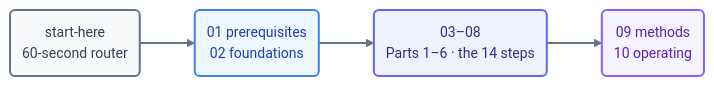
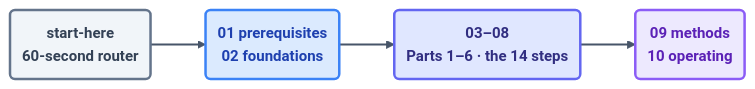
Before and after one commit to ayeshakhalid192007-dev/LoopEngineering-CrashCourse: the diagram in docs/README.md, drawn with Mermaid. The commit also changed 66 other files, not shown here.

First line of the commit message:
docs(diagrams): visibly bolder pass — deeper fills, heavier strokes, semibold labels

````diff
--- a/docs/README.md
+++ b/docs/README.md
@@ -9,12 +9,12 @@
 ```mermaid
-%%{init: {'theme':'base','themeVariables':{'fontFamily':'ui-sans-serif, system-ui, sans-serif','fontSize':'14px','lineColor':'#64748b','edgeLabelBackground':'#f8fafc'},'flowchart':{'curve':'basis','nodeSpacing':45,'rankSpacing':55,'padding':12}}}%%
+%%{init: {'theme':'base','themeVariables':{'fontFamily':'ui-sans-serif, system-ui, sans-serif','fontSize':'15px','lineColor':'#475569','edgeLabelBackground':'#f8fafc'},'flowchart':{'curve':'basis','nodeSpacing':45,'rankSpacing':55,'padding':12}}}%%
 flowchart LR
     R("start-here<br/>60-second router"):::route --> P("01 prerequisites<br/>02 foundations"):::prep
     P --> S("03–08<br/>Parts 1–6 · the 14 steps"):::core
     S --> M("09 methods<br/>10 operating"):::adv
-    linkStyle default stroke:#64748b,stroke-width:2px;
-    classDef route fill:#f8fafc,stroke:#64748b,stroke-width:2px,color:#334155;
-    classDef prep fill:#eef6ff,stroke:#3b82f6,stroke-width:2px,color:#1e40af;
-    classDef core fill:#eef2ff,stroke:#6366f1,stroke-width:2px,color:#312e81;
-    classDef adv fill:#f5f3ff,stroke:#8b5cf6,stroke-width:2px,color:#5b21b6;
+    linkStyle default stroke:#475569,stroke-width:2px;
+    classDef route fill:#f1f5f9,stroke:#64748b,stroke-width:2.5px,color:#334155,font-weight:600;
+    classDef prep fill:#dbeafe,stroke:#3b82f6,stroke-width:2.5px,color:#1e40af,font-weight:600;
+    classDef core fill:#e0e7ff,stroke:#6366f1,stroke-width:2.5px,color:#312e81,font-weight:600;
+    classDef adv fill:#ede9fe,stroke:#8b5cf6,stroke-width:2.5px,color:#5b21b6,font-weight:600;
 ```
````
